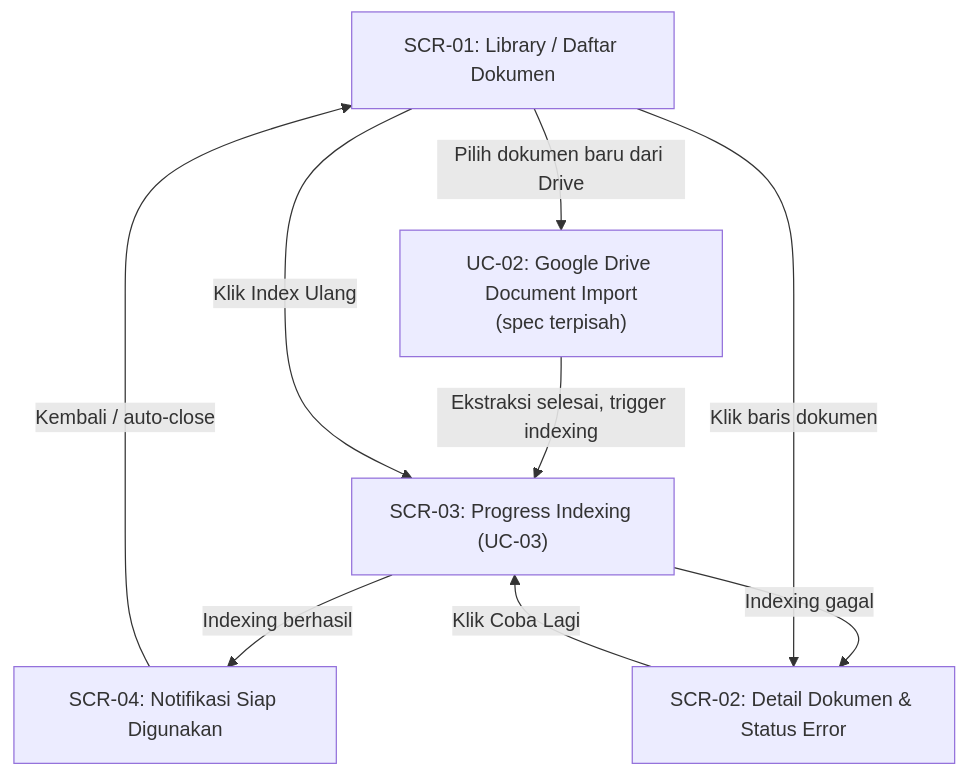
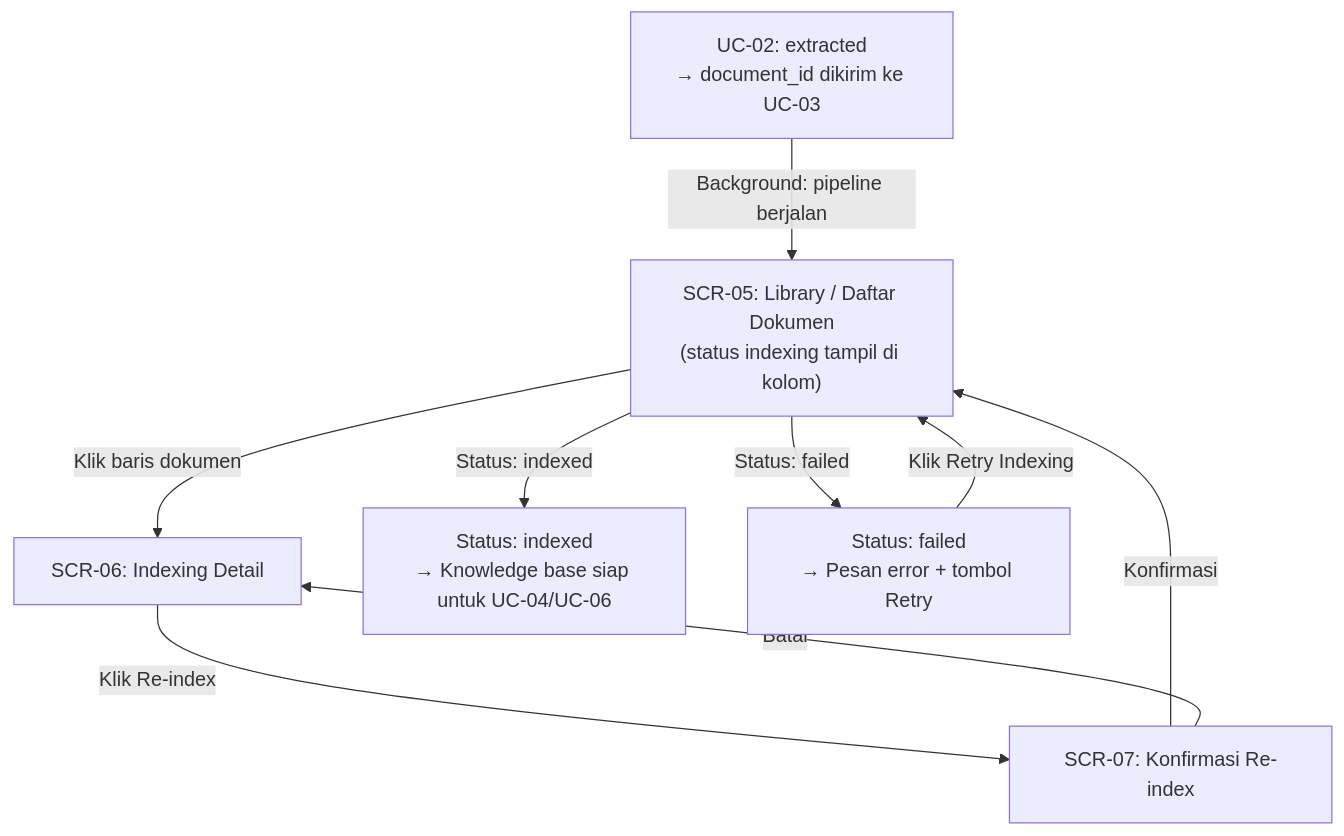
Before and after one commit to Gzaa19/Telaah: the first of 3 diagrams in specs/003-document-indexing-embedding/spec.md, drawn with Mermaid. The commit also changed other lines of this file and 1 other file, not shown here.

First line of the commit message:
feat(specs): add UC-03 Document Indexing and Local Embedding specification

````diff
--- a/specs/003-document-indexing-embedding/spec.md
+++ b/specs/003-document-indexing-embedding/spec.md
@@ -40,11 +52,18 @@
 ```mermaid
 flowchart TD
-    SCR01["SCR-01: Library / Daftar Dokumen"] -->|"Pilih dokumen baru dari Drive"| IMPORT["UC-02: Google Drive Document Import\n(spec terpisah)"]
-    IMPORT -->|"Ekstraksi selesai, trigger indexing"| SCR03["SCR-03: Progress Indexing (UC-03)"]
-    SCR03 -->|"Indexing berhasil"| SCR04["SCR-04: Notifikasi Siap Digunakan"]
-    SCR04 -->|"Kembali / auto-close"| SCR01
-    SCR03 -->|"Indexing gagal"| SCR02["SCR-02: Detail Dokumen & Status Error"]
-    SCR02 -->|"Klik Coba Lagi"| SCR03
-    SCR01 -->|"Klik baris dokumen"| SCR02
-    SCR01 -->|"Klik Index Ulang"| SCR03
+    UC02["UC-02: extracted\n→ document_id dikirim ke UC-03"]
+    SCR05["SCR-05: Library / Daftar Dokumen\n(status indexing tampil di kolom)"]
+    SCR06["SCR-06: Indexing Detail"]
+    SCR07["SCR-07: Konfirmasi Re-index"]
+    DONE["Status: indexed\n→ Knowledge base siap untuk UC-04/UC-06"]
+    ERR["Status: failed\n→ Pesan error + tombol Retry"]
+
+    UC02 -->|"Background: pipeline berjalan"| SCR05
+    SCR05 -->|"Klik baris dokumen"| SCR06
+    SCR06 -->|"Klik Re-index"| SCR07
+    SCR07 -->|"Konfirmasi"| SCR05
+    SCR07 -->|"Batal"| SCR06
+    SCR05 -->|"Status: indexed"| DONE
+    SCR05 -->|"Status: failed"| ERR
+    ERR -->|"Klik Retry Indexing"| SCR05
 ```
````
